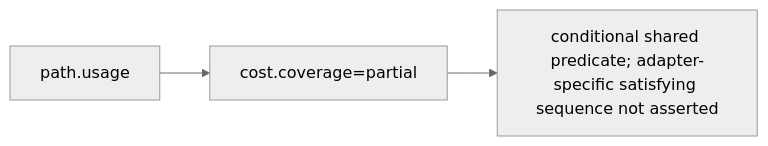
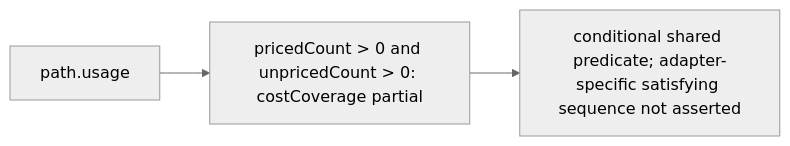
Before and after one commit to vibefield/puppeteer: the diagram in audit/godview/plan/graphs/states/state.cost_partial.mmd, drawn with Mermaid (neutral theme). The commit also changed 38 other files, not shown here.

First line of the commit message:
State priced cost coverage as observation counts.

```diff
--- a/audit/godview/plan/graphs/states/state.cost_partial.mmd
+++ b/audit/godview/plan/graphs/states/state.cost_partial.mmd
@@ -1,8 +1,8 @@
 %% graph_ref: path.usage
 %% state: state.cost_partial
 %% shared_map: 07e71c9bcb9532fc181e3f667f2d0ed2e7c9afaf
 flowchart LR
-  pred["cost.coverage=partial"]
+  pred["pricedCount > 0 and unpricedCount > 0: costCoverage partial"]
   src["path.usage"]
   verdict["conditional shared predicate; adapter-specific satisfying sequence not asserted"]
   src --> pred --> verdict
```
